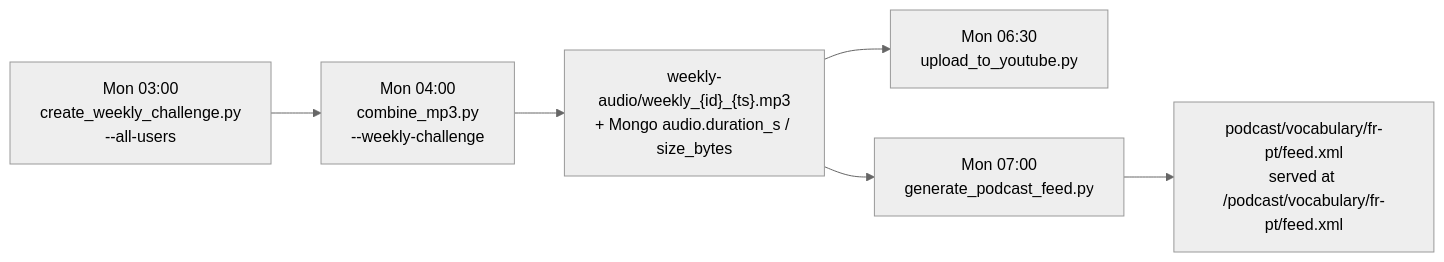
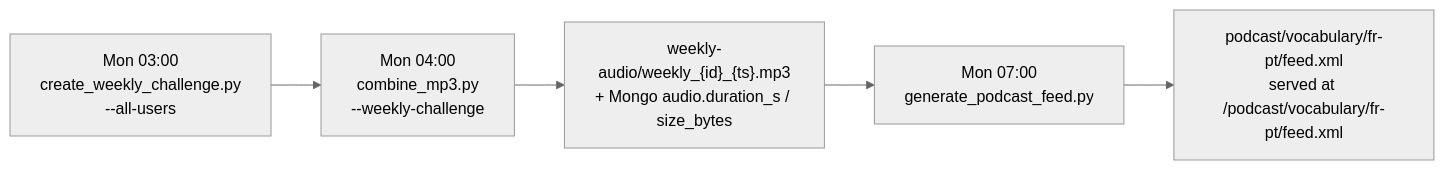
Before and after one commit to charly37/PortugueseLearning: the diagram in docs/PODCAST.md, drawn with Mermaid (neutral theme). The commit also changed other lines of this file and 16 other files, not shown here.

````diff
--- a/docs/PODCAST.md
+++ b/docs/PODCAST.md
@@ -27,8 +27,7 @@
 ```mermaid
 flowchart LR
     A["Mon 03:00<br/>create_weekly_challenge.py<br/>--all-users"] --> B["Mon 04:00<br/>combine_mp3.py<br/>--weekly-challenge"]
     B --> C["weekly-audio/weekly_{id}_{ts}.mp3<br/>+ Mongo audio.duration_s / size_bytes"]
-    C --> D["Mon 06:30<br/>upload_to_youtube.py"]
     C --> E["Mon 07:00<br/>generate_podcast_feed.py"]
     E --> F["podcast/vocabulary/fr-pt/feed.xml<br/>served at /podcast/vocabulary/fr-pt/feed.xml"]
 ```
````
